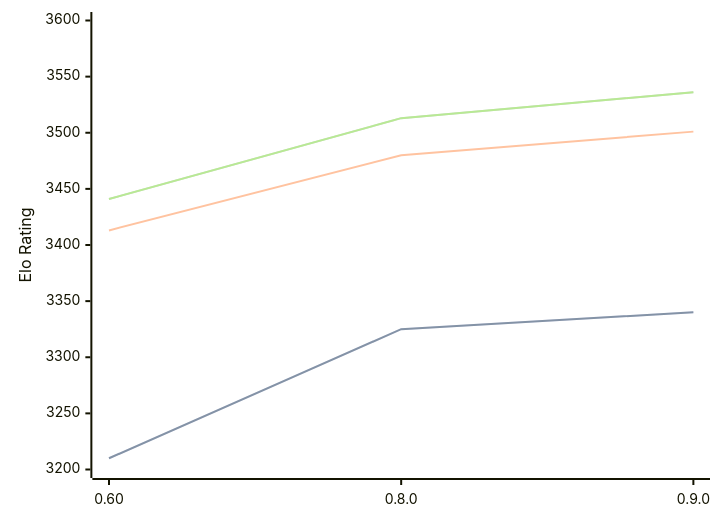
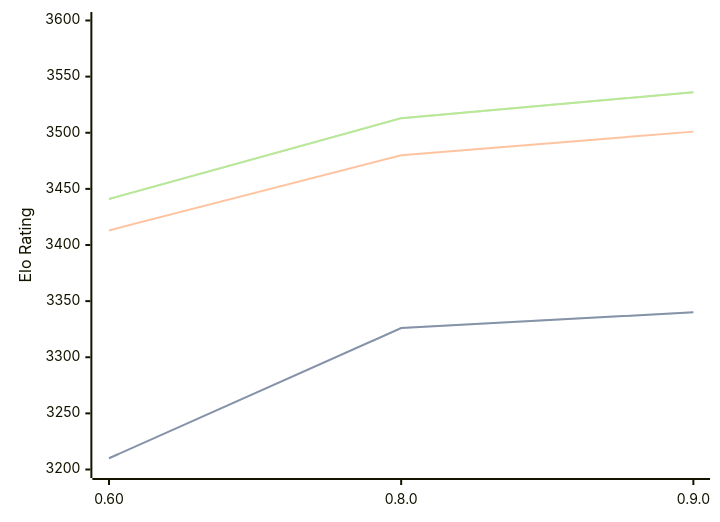
Before and after one commit to computer-chess-index/cci: the diagram in engines/Motor.md, drawn with Mermaid. The commit also changed other lines of this file, not shown here.

````diff
--- a/engines/Motor.md
+++ b/engines/Motor.md
@@ -33,11 +33,11 @@
 ```mermaid
 %%{init: {"theme":"base","themeVariables":{"seriesColors:['#a3a3a3','#222221','#faa371']}}}%%
 xychart-beta
   x-axis ["0.60", "0.8.0", "0.9.0"]
   y-axis "Elo Rating" 3200 --> 3600
-  line "" [3210, 3325, 3340]
-  line "STC (8.0+0.08s)" [3210, 3325, 3340]
+  line "" [3210, 3326, 3340]
+  line "STC (8.0+0.08s)" [3210, 3326, 3340]
   line "LTC (60.0+0.60s)" [3413, 3480, 3501]
   line "" [3441, 3513, 3536]
   line "VLTC (2m24s+1.12s)" [3441, 3513, 3536]
 ```
````
